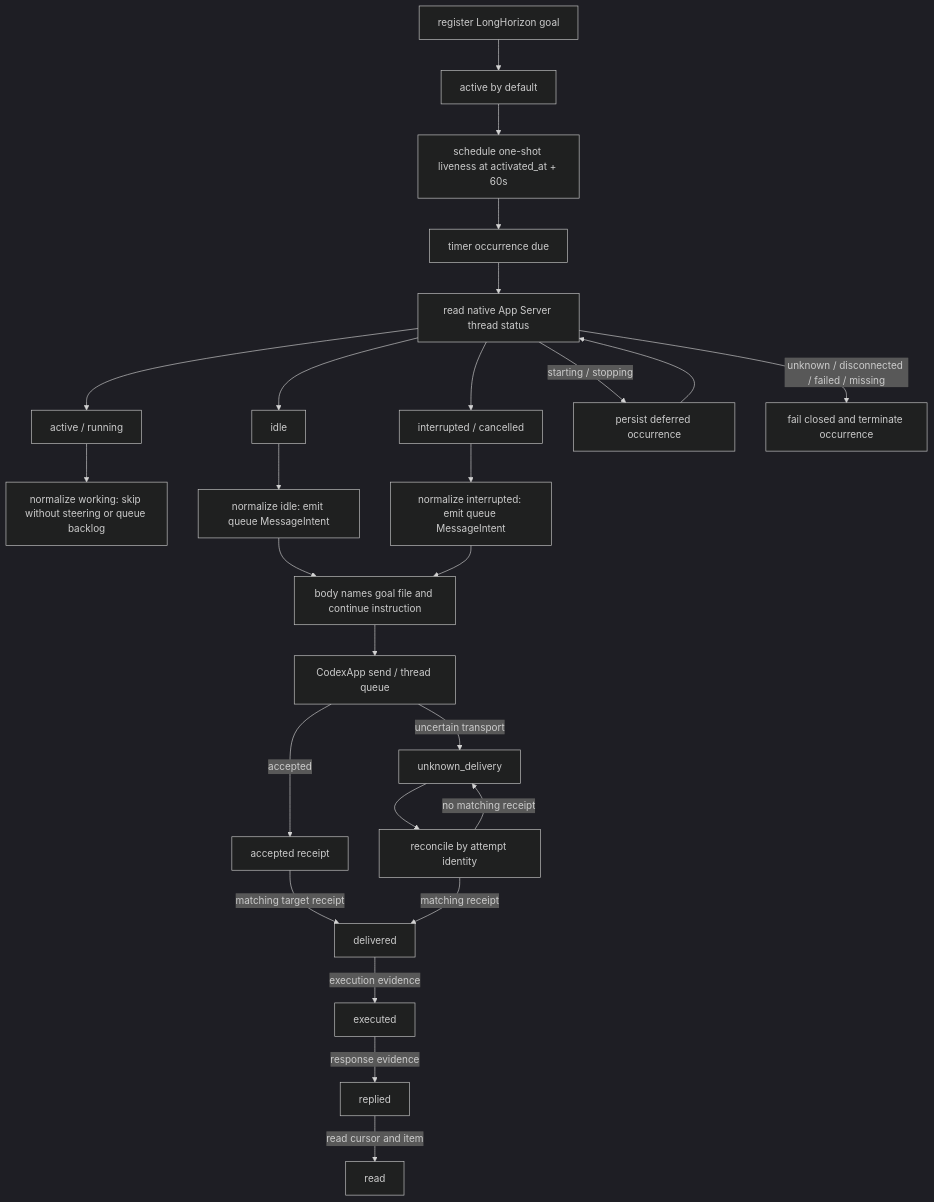
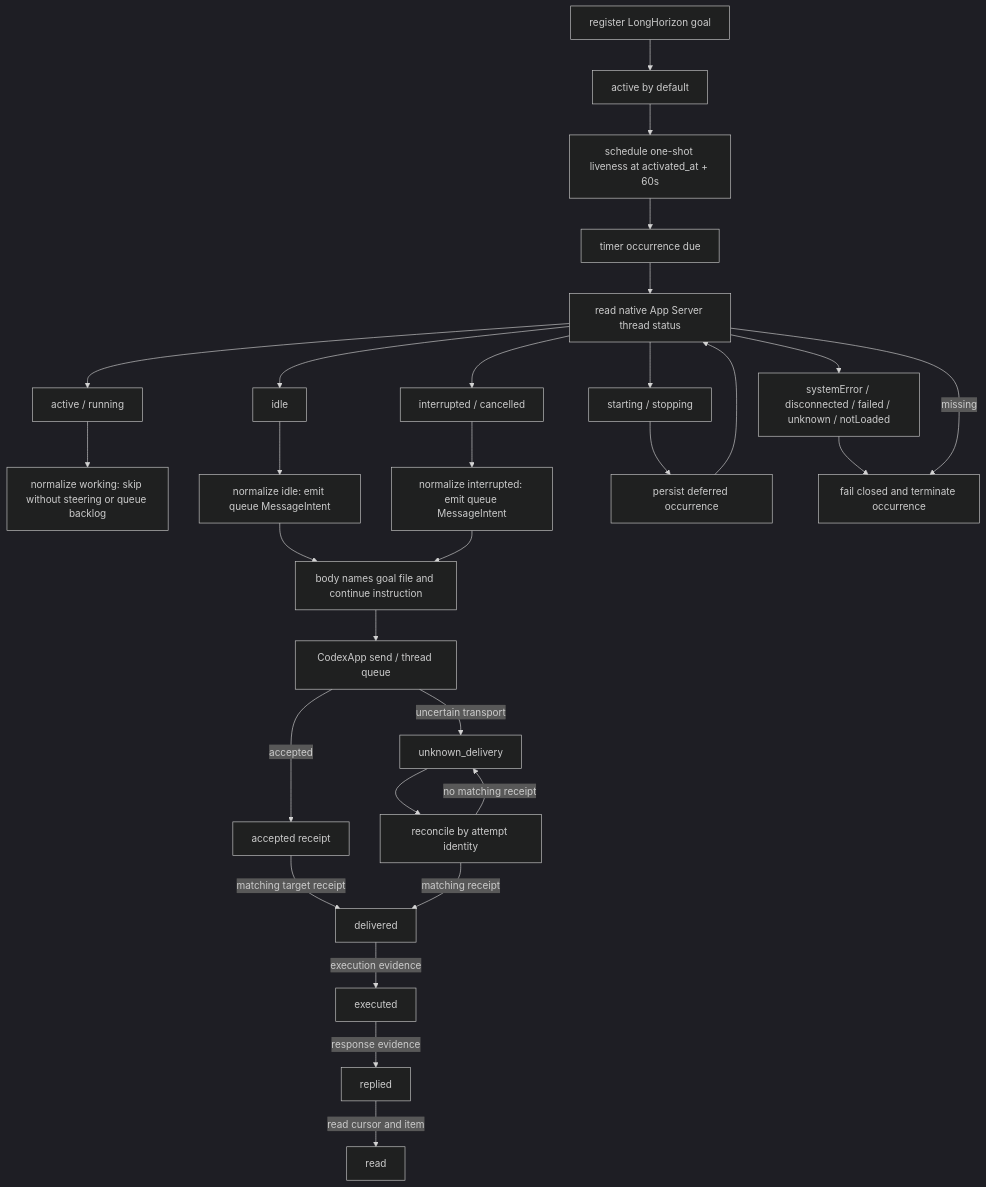
The diagram in docs/design/rccs-notification-dag.md (Jasonzhangf/codex-hooks), drawn with Mermaid (dark theme) before and after one commit. The commit also changed other lines of this file and 3 other files, not shown here.

````diff
--- a/docs/design/rccs-notification-dag.md
+++ b/docs/design/rccs-notification-dag.md
@@ -32,28 +32,31 @@
 ```mermaid
 flowchart TD
   A["register LongHorizon goal"] --> B["active by default"]
   B --> C["schedule one-shot liveness at activated_at + 60s"]
   C --> D["timer occurrence due"]
   D --> E["read native App Server thread status"]
   E --> E1["active / running"]
   E --> E2["idle"]
   E --> E3["interrupted / cancelled"]
+  E --> E4["starting / stopping"]
+  E --> E5["systemError / disconnected / failed / unknown / notLoaded"]
   E1 --> F["normalize working: skip without steering or queue backlog"]
   E2 --> G["normalize idle: emit queue MessageIntent"]
   E3 --> G2["normalize interrupted: emit queue MessageIntent"]
   G --> H["body names goal file and continue instruction"]
   G2 --> H
-  E -->|starting / stopping| H1["persist deferred occurrence"]
+  E4 --> H1["persist deferred occurrence"]
   H1 --> E
-  E -->|unknown / disconnected / failed / missing| I["fail closed and terminate occurrence"]
+  E5 --> I["fail closed and terminate occurrence"]
+  E -->|missing| I
   H --> J["CodexApp send / thread queue"]
   J -->|accepted| K["accepted receipt"]
   K -->|matching target receipt| L["delivered"]
   L -->|execution evidence| M["executed"]
   M -->|response evidence| N["replied"]
   N -->|read cursor and item| O["read"]
   J -->|uncertain transport| P["unknown_delivery"]
   P --> Q["reconcile by attempt identity"]
   Q -->|matching receipt| L
   Q -->|no matching receipt| P
 ```
````
